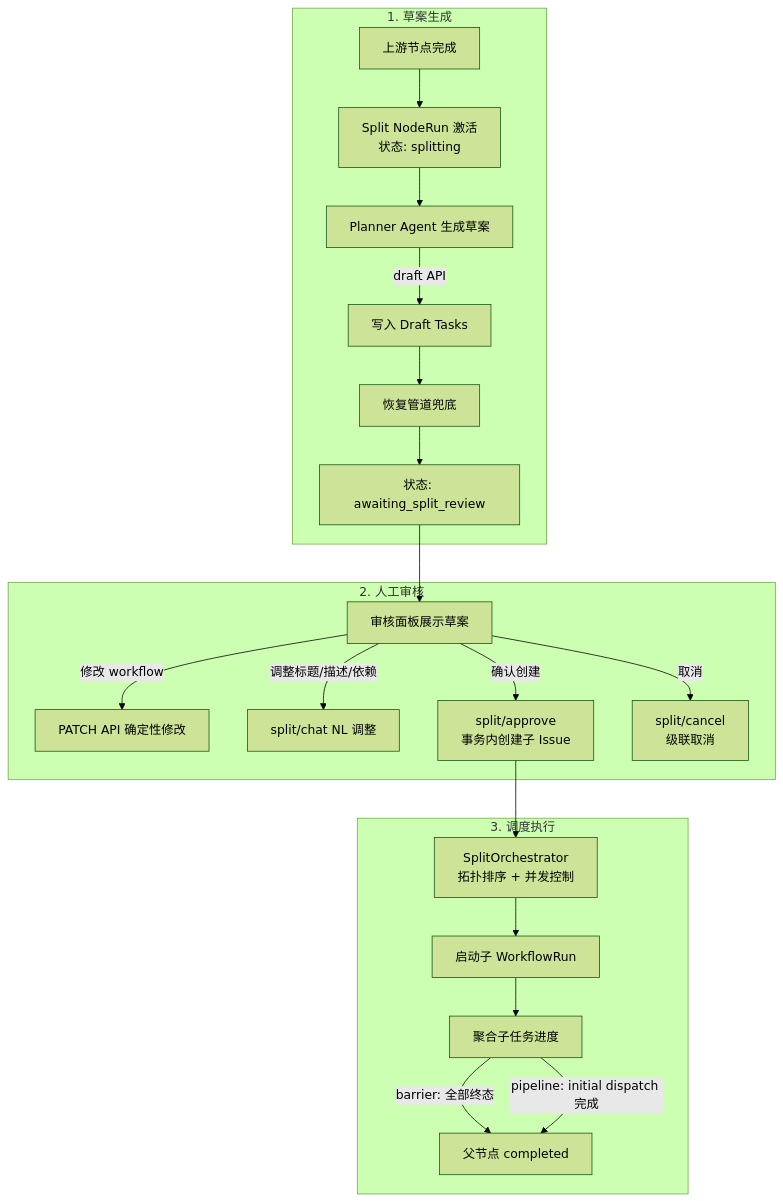
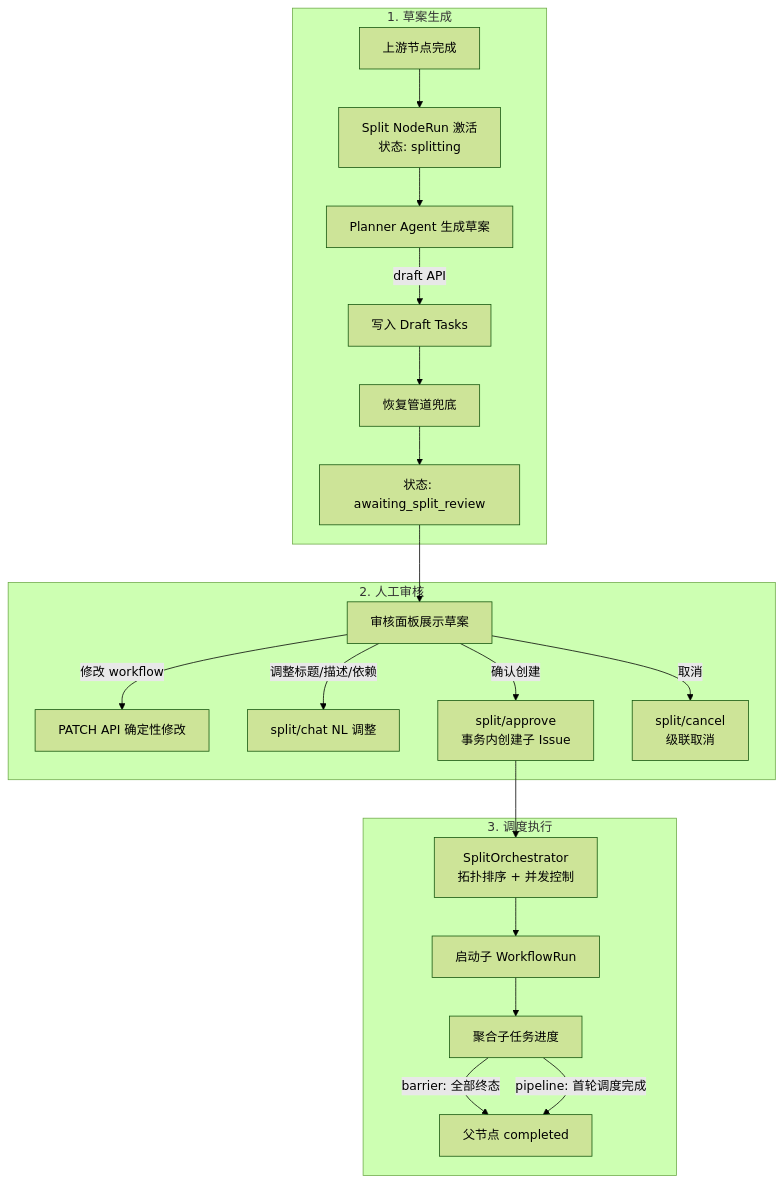
Before and after one commit to mini2s/mini-cloud: the third of 7 diagrams in docs/workflows/workflow-module-architecture-analysis.md, drawn with Mermaid (forest theme). The commit also changed 1 other file, not shown here.

Commit message:
docs(workflows): replace obscure terms with clearer Chinese in split design docs
## 变更要点
- "materialize" → "实例化"（6 处：mermaid 图、状态流转图、章节标题、取消流程、事件表）
- "initial dispatch loop" / "Initial dispatch" → "首轮调度"（6 处：生命周期流程图、pipeline 模式定义、描述文字、恢复描述、架构分析文档）
- 修复恢复管道 mermaid 图解析失败：嵌套 JSON 大括号与菱形节点界定符冲突，改为纯文本描述

## 影响文件
- docs/superpowers/specs/dynamic-task-splitting-design.md
- docs/workflows/workflow-module-architecture-analysis.md

````diff
--- a/docs/workflows/workflow-module-architecture-analysis.md
+++ b/docs/workflows/workflow-module-architecture-analysis.md
@@ -96,26 +96,26 @@
 ```mermaid
 flowchart TD
     subgraph 生成["1. 草案生成"]
         P["上游节点完成"] --> S["Split NodeRun 激活<br/>状态: splitting"]
         S --> PA["Planner Agent 生成草案"]
         PA -->|"draft API"| DT["写入 Draft Tasks"]
         DT --> RCV["恢复管道兜底"]
         RCV --> AR["状态: awaiting_split_review"]
     end
 
     subgraph 审核["2. 人工审核"]
         AR --> RV["审核面板展示草案"]
         RV -->|"修改 workflow"| WF_PATCH["PATCH API 确定性修改"]
         RV -->|"调整标题/描述/依赖"| NL["split/chat NL 调整"]
         RV -->|"确认创建"| AP["split/approve<br/>事务内创建子 Issue"]
         RV -->|"取消"| CX["split/cancel<br/>级联取消"]
     end
 
     subgraph 调度["3. 调度执行"]
         AP --> SO["SplitOrchestrator<br/>拓扑排序 + 并发控制"]
         SO --> CI["启动子 WorkflowRun"]
         CI --> AGGR["聚合子任务进度"]
         AGGR -->|"barrier: 全部终态"| DN["父节点 completed"]
-        AGGR -->|"pipeline: initial dispatch 完成"| DN
+        AGGR -->|"pipeline: 首轮调度完成"| DN
     end
 ```
````
